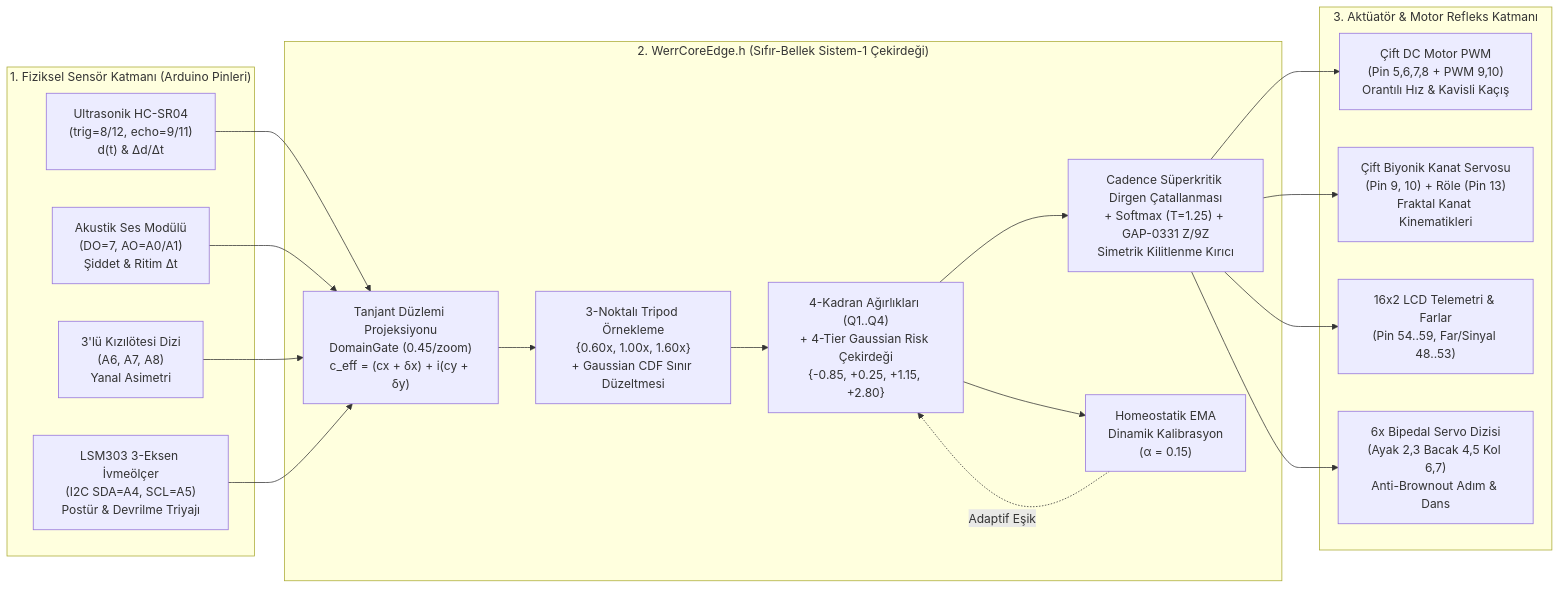
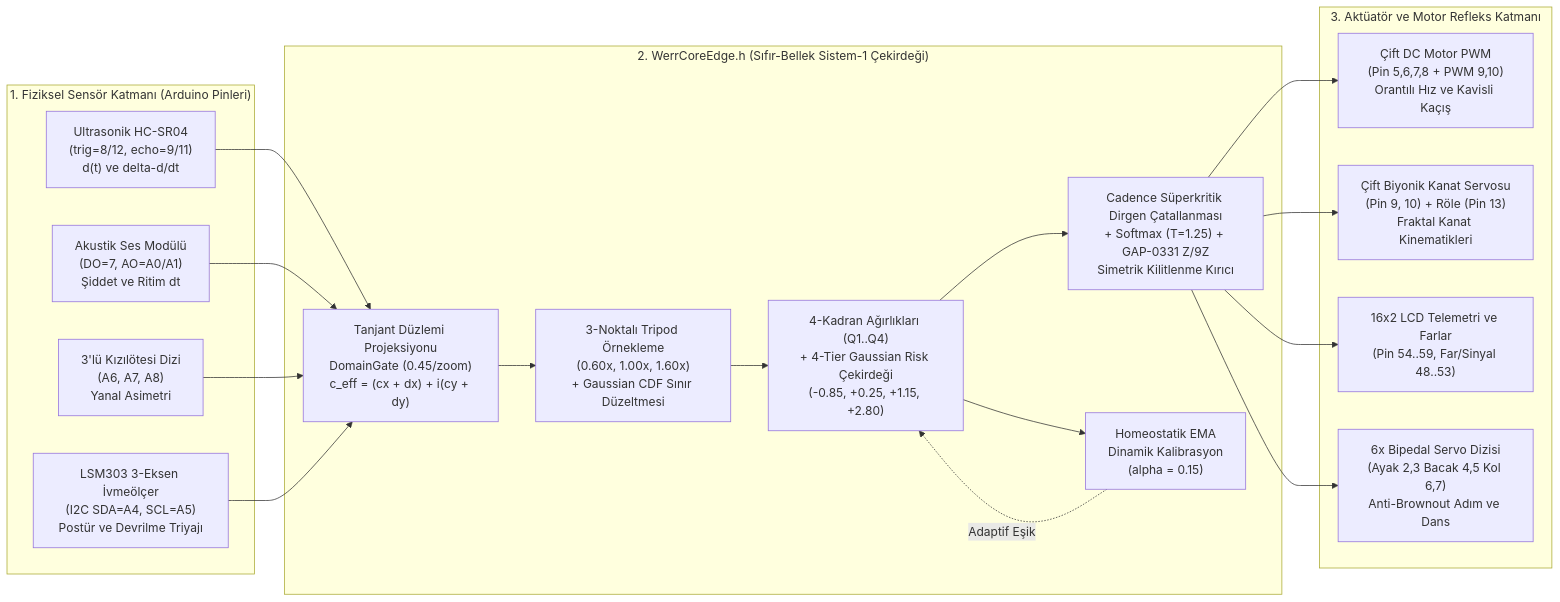
One commit to pCwOrM/WERRobotics changed the diagram in README_TR.md. Above: the diagram before and after it, drawn with Mermaid. The commit also changed other lines of this file and 1 other file, not shown here.

Commit message:
fix(docs): resolve GitHub Mermaid rendering error and markdown table column splitting
- Replaced literal backslash-n with <br/> tags in Mermaid node labels
- Added space between subgraph identifiers and brackets for strict parser compliance
- Replaced reserved & character with 'and' in subgraph titles and node strings
- Expanded multi-node & connections into clean explicit arrows for GitHub renderer
- Escaped pipe characters in LaTeX absolute value formula using \lvert ... \rvert to prevent table cell splitting

````diff
--- a/README_TR.md
+++ b/README_TR.md
@@ -53,31 +53,38 @@
 ```mermaid
 flowchart LR
-    subgraph SENSORS["1. Fiziksel Sensör Katmanı (Arduino Pinleri)"]
-        S1["Ultrasonik HC-SR04\n(trig=8/12, echo=9/11)\nd(t) & Δd/Δt"]
-        S2["Akustik Ses Modülü\n(DO=7, AO=A0/A1)\nŞiddet & Ritim Δt"]
-        S3["3'lü Kızılötesi Dizi\n(A6, A7, A8)\nYanal Asimetri"]
-        S4["LSM303 3-Eksen İvmeölçer\n(I2C SDA=A4, SCL=A5)\nPostür & Devrilme Triyajı"]
+    subgraph SENSORS ["1. Fiziksel Sensör Katmanı (Arduino Pinleri)"]
+        S1["Ultrasonik HC-SR04<br/>(trig=8/12, echo=9/11)<br/>d(t) ve delta-d/dt"]
+        S2["Akustik Ses Modülü<br/>(DO=7, AO=A0/A1)<br/>Şiddet ve Ritim dt"]
+        S3["3'lü Kızılötesi Dizi<br/>(A6, A7, A8)<br/>Yanal Asimetri"]
+        S4["LSM303 3-Eksen İvmeölçer<br/>(I2C SDA=A4, SCL=A5)<br/>Postür ve Devrilme Triyajı"]
     end
 
-    subgraph KERNEL["2. WerrCoreEdge.h (Sıfır-Bellek Sistem-1 Çekirdeği)"]
-        P["Tanjant Düzlemi Projeksiyonu\nDomainGate (0.45/zoom)\nc_eff = (cx + δx) + i(cy + δy)"]
-        T["3-Noktalı Tripod Örnekleme\n{0.60x, 1.00x, 1.60x}\n+ Gaussian CDF Sınır Düzeltmesi"]
-        Q["4-Kadran Ağırlıkları (Q1..Q4)\n+ 4-Tier Gaussian Risk Çekirdeği\n{-0.85, +0.25, +1.15, +2.80}"]
-        B["Cadence Süperkritik Dirgen Çatallanması\n+ Softmax (T=1.25) + GAP-0331 Z/9Z\nSimetrik Kilitlenme Kırıcı"]
-        E["Homeostatik EMA\nDinamik Kalibrasyon\n(α = 0.15)"]
+    subgraph KERNEL ["2. WerrCoreEdge.h (Sıfır-Bellek Sistem-1 Çekirdeği)"]
+        P["Tanjant Düzlemi Projeksiyonu<br/>DomainGate (0.45/zoom)<br/>c_eff = (cx + dx) + i(cy + dy)"]
+        T["3-Noktalı Tripod Örnekleme<br/>(0.60x, 1.00x, 1.60x)<br/>+ Gaussian CDF Sınır Düzeltmesi"]
+        Q["4-Kadran Ağırlıkları (Q1..Q4)<br/>+ 4-Tier Gaussian Risk Çekirdeği<br/>(-0.85, +0.25, +1.15, +2.80)"]
+        B["Cadence Süperkritik Dirgen Çatallanması<br/>+ Softmax (T=1.25) + GAP-0331 Z/9Z<br/>Simetrik Kilitlenme Kırıcı"]
+        E["Homeostatik EMA<br/>Dinamik Kalibrasyon<br/>(alpha = 0.15)"]
     end
 
-    subgraph ACTUATORS["3. Aktüatör & Motor Refleks Katmanı"]
-        A1["Çift DC Motor PWM\n(Pin 5,6,7,8 + PWM 9,10)\nOrantılı Hız & Kavisli Kaçış"]
-        A2["Çift Biyonik Kanat Servosu\n(Pin 9, 10) + Röle (Pin 13)\nFraktal Kanat Kinematikleri"]
-        A3["16x2 LCD Telemetri & Farlar\n(Pin 54..59, Far/Sinyal 48..53)"]
-        A4["6x Bipedal Servo Dizisi\n(Ayak 2,3 Bacak 4,5 Kol 6,7)\nAnti-Brownout Adım & Dans"]
+    subgraph ACTUATORS ["3. Aktüatör ve Motor Refleks Katmanı"]
+        A1["Çift DC Motor PWM<br/>(Pin 5,6,7,8 + PWM 9,10)<br/>Orantılı Hız ve Kavisli Kaçış"]
+        A2["Çift Biyonik Kanat Servosu<br/>(Pin 9, 10) + Röle (Pin 13)<br/>Fraktal Kanat Kinematikleri"]
+        A3["16x2 LCD Telemetri ve Farlar<br/>(Pin 54..59, Far/Sinyal 48..53)"]
+        A4["6x Bipedal Servo Dizisi<br/>(Ayak 2,3 Bacak 4,5 Kol 6,7)<br/>Anti-Brownout Adım ve Dans"]
     end
 
-    S1 & S2 & S3 & S4 --> P
-    P --> T --> Q
+    S1 --> P
+    S2 --> P
+    S3 --> P
+    S4 --> P
+    P --> T
+    T --> Q
     Q --> B
     Q --> E
     E -.->|"Adaptif Eşik"| Q
-    B --> A1 & A2 & A3 & A4
+    B --> A1
+    B --> A2
+    B --> A3
+    B --> A4
 ```
````
